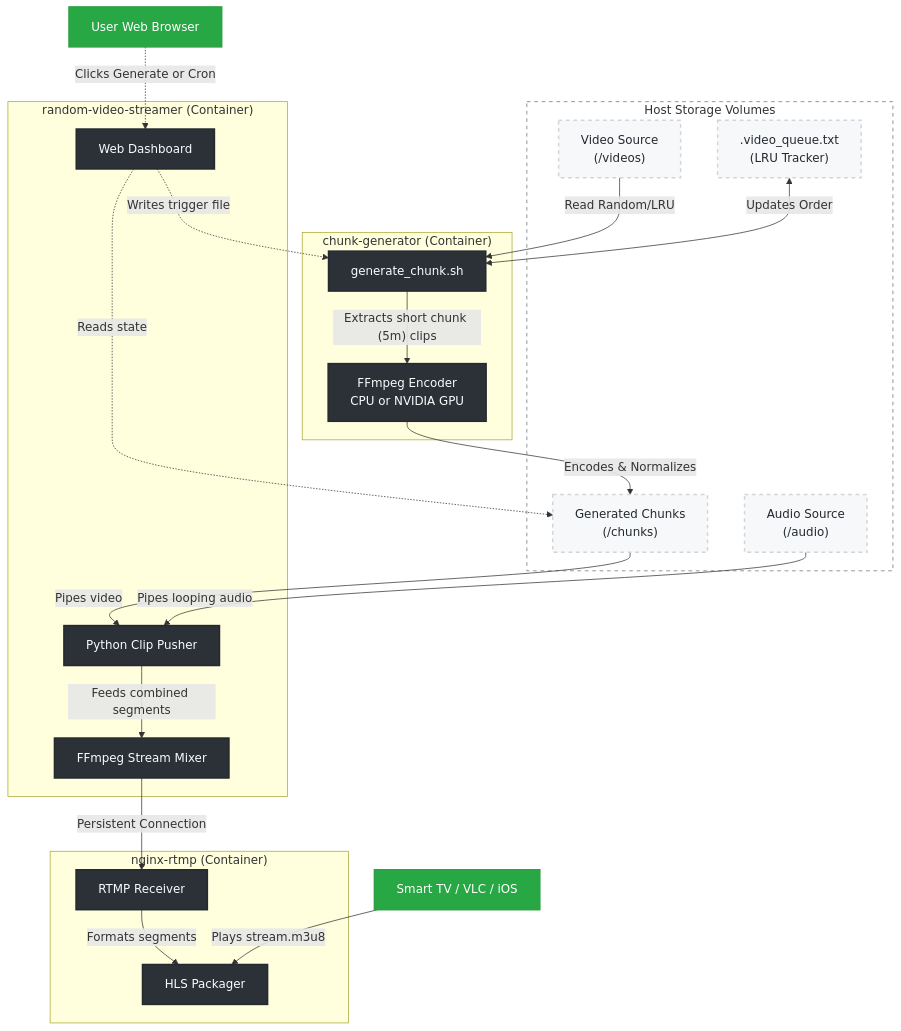
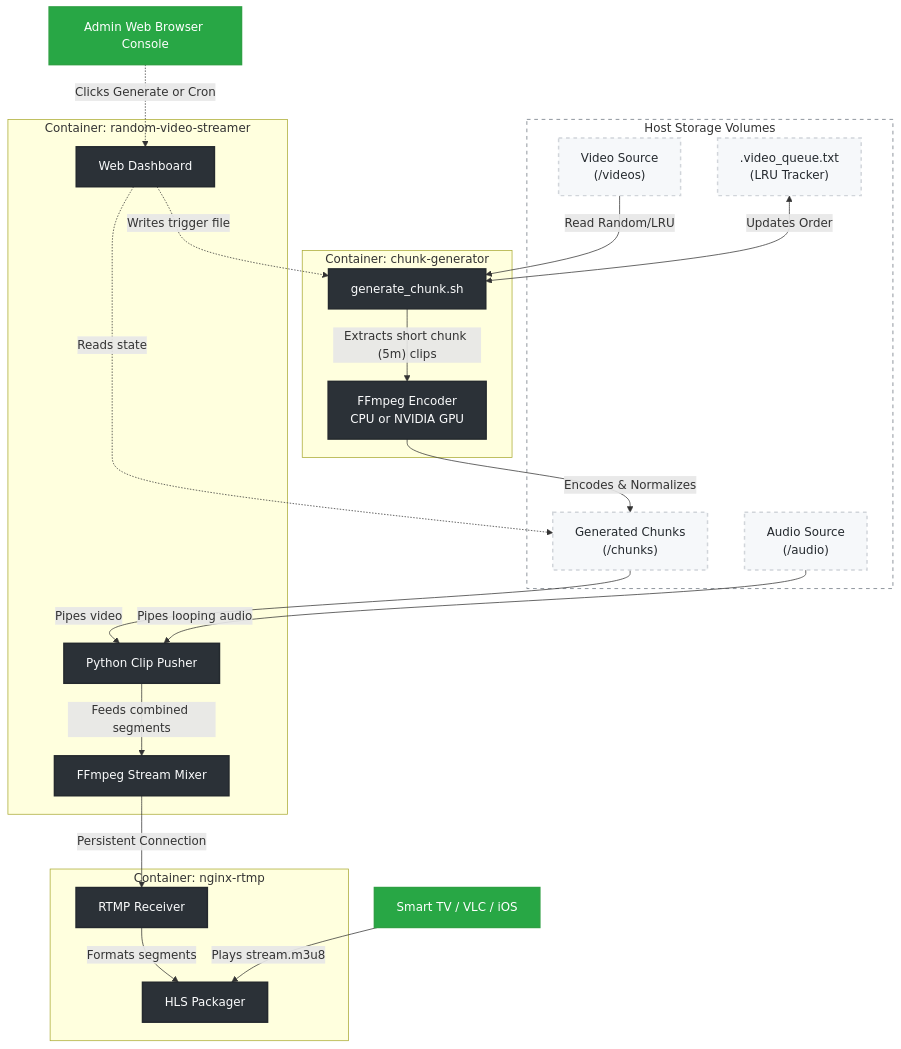
Before and after one commit to vineethvijay/Random-Video-Clips-Streaming-Server: the diagram in README.md, drawn with Mermaid.

````diff
--- a/README.md
+++ b/README.md
@@ -17,60 +17,60 @@
 ```mermaid
 flowchart TD
     %% Define Styles
     classDef container fill:#2b3137,stroke:#24292e,stroke-width:2px,color:#fafbfc
     classDef volume fill:#f6f8fa,stroke:#d1d5da,stroke-width:2px,color:#24292e,stroke-dasharray: 5 5
     classDef output fill:#0366d6,stroke:#0366d6,stroke-width:3px,color:#ffffff,font-weight:bold
     classDef interface fill:#28a745,stroke:#2ea043,stroke-width:2px,color:#ffffff
 
     %% Subgraphs for Domains
     subgraph Host ["Host Storage Volumes"]
         V["Video Source<br>(/videos)"]:::volume
         A["Audio Source<br>(/audio)"]:::volume
         C["Generated Chunks<br>(/chunks)"]:::volume
         Q[".video_queue.txt<br>(LRU Tracker)"]:::volume
     end
 
-    subgraph Gen ["chunk-generator (Container)"]
+    subgraph Gen ["Container: chunk-generator"]
         bash[generate_chunk.sh]:::container
         ffmpeg1["FFmpeg Encoder<br>CPU or NVIDIA GPU"]:::container
     end
 
-    subgraph Stream ["random-video-streamer (Container)"]
+    subgraph Stream ["Container: random-video-streamer"]
         API[Web Dashboard]:::container
         Pusher[Python Clip Pusher]:::container
         ffmpeg2[FFmpeg Stream Mixer]:::container
     end
 
-    subgraph Nginx ["nginx-rtmp (Container)"]
+    subgraph Nginx ["Container: nginx-rtmp"]
         rtmp[RTMP Receiver]:::container
         hls[HLS Packager]:::container
     end
 
     %% Client Layer
-    Dashboard[User Web Browser]:::interface
+    Dashboard[Admin Web Browser Console]:::interface
     Player[Smart TV / VLC / iOS]:::interface
 
     %% Generation Flow
     V -->|Read Random/LRU| bash
     Q <-->|Updates Order| bash
     bash -->|"Extracts short chunk (5m) clips"| ffmpeg1
     ffmpeg1 -->|Encodes & Normalizes| C
 
     %% Streaming Flow
     C -->|Pipes video| Pusher
     A -->|Pipes looping audio| Pusher
     Pusher -->|Feeds combined segments| ffmpeg2
     ffmpeg2 -->|Persistent Connection| rtmp
 
     %% Final Packaging
     rtmp -->|Formats segments| hls
     
     %% User Interfaces
     API -.->|Writes trigger file| bash
     API -.->|Reads state| C
     Dashboard -.->|Clicks Generate or Cron| API
     Player -->|Plays stream.m3u8| hls
 
     %% Layout hints
     style Host fill:transparent,stroke:#6a737d,stroke-dasharray: 5 5
 ```
````
